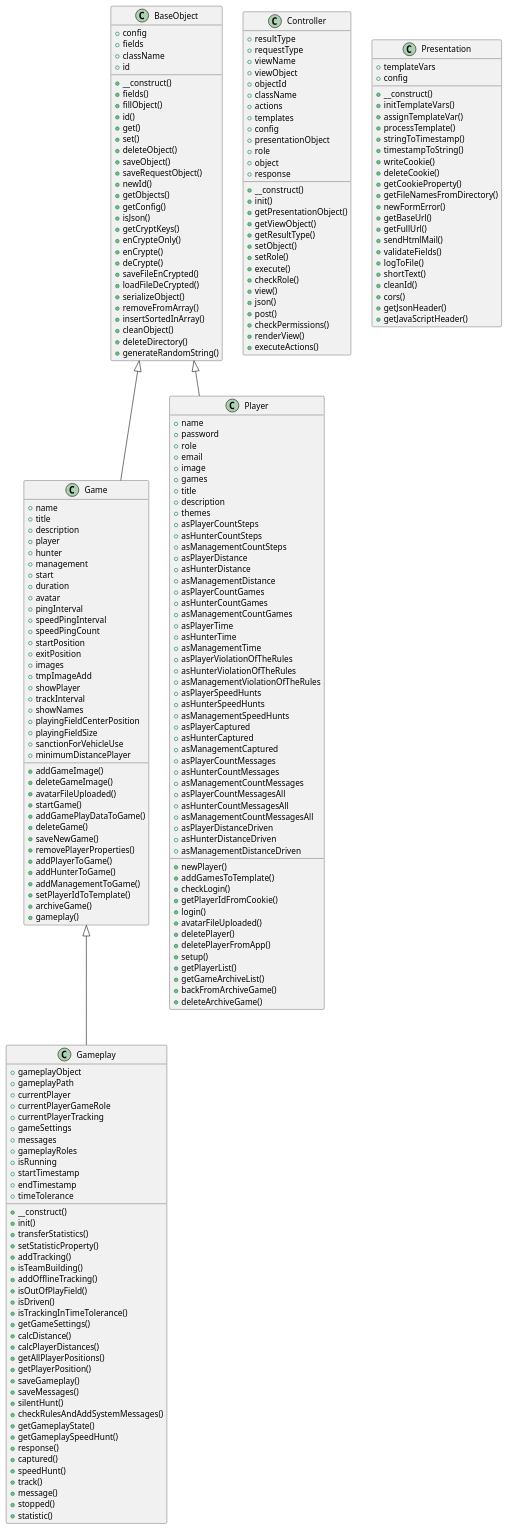
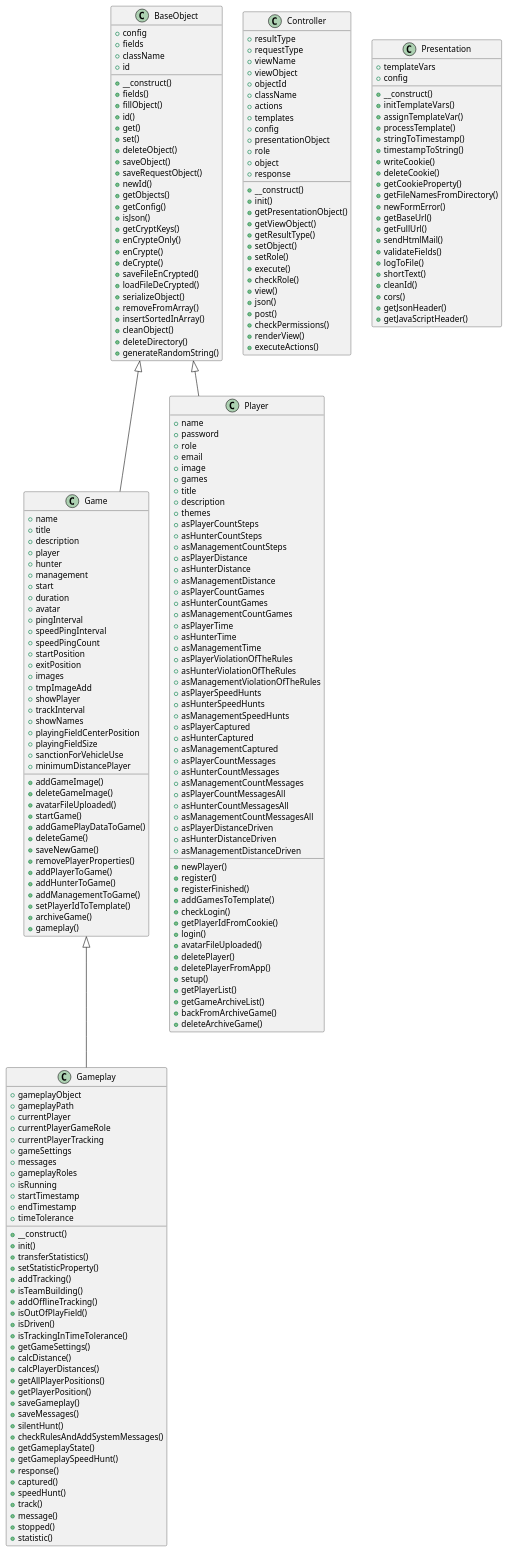
Before and after one commit to septem-sensu/friendshunt: the diagram in includes/docs/php/graphs/classes.puml, drawn with PlantUML. The commit also changed 35 other files, not shown here.

```diff
--- a/includes/docs/php/graphs/classes.puml
+++ b/includes/docs/php/graphs/classes.puml
@@ -187,6 +187,8 @@
   +asHunterDistanceDriven
   +asManagementDistanceDriven
   +newPlayer()
+  +register()
+  +registerFinished()
   +addGamesToTemplate()
   +checkLogin()
   +getPlayerIdFromCookie()
```
